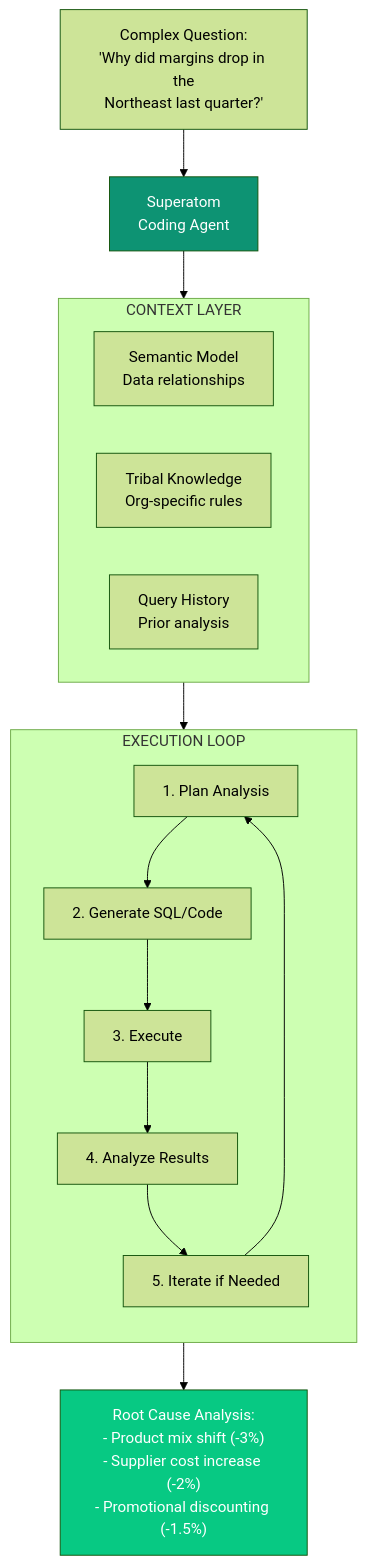
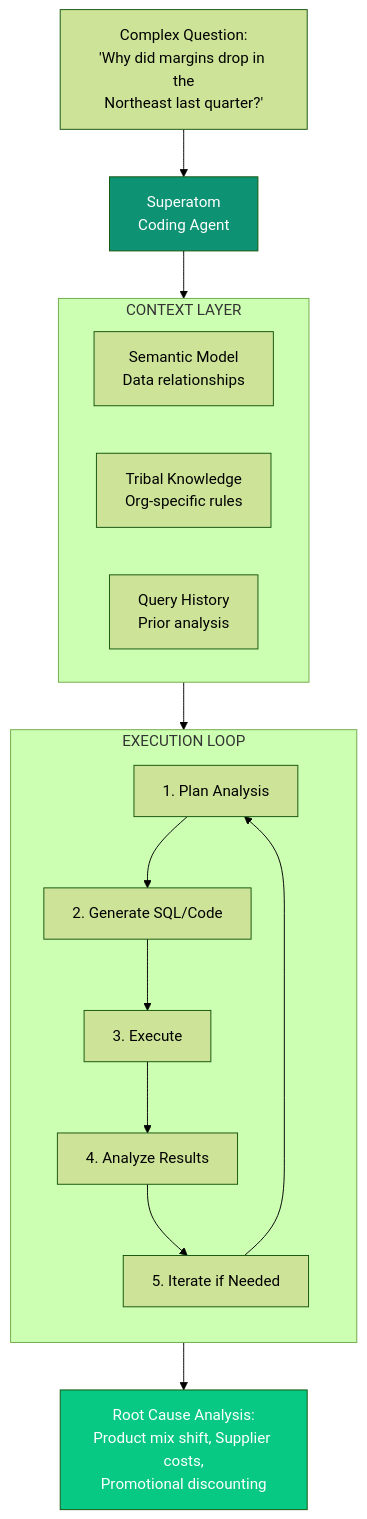
One commit to ashishsuperatom/tech-docs changed the first of 4 diagrams in ip/coding-agents.mdx. Above: the diagram before and after it, drawn with Mermaid (forest theme). The commit also changed other lines of this file and 115 other files, not shown here.

First line of the commit message:
Fix Mermaid diagrams and update documentation

````diff
--- a/ip/coding-agents.mdx
+++ b/ip/coding-agents.mdx
@@ -19,31 +19,31 @@
 ```mermaid
 flowchart TB
-    Q["Complex Question:\n'Why did margins drop in the\nNortheast last quarter?'"] --> AGENT["Superatom\nCoding Agent"]
+    Q["Complex Question:<br>'Why did margins drop in the<br>Northeast last quarter?'"] --> AGENT["Superatom<br>Coding Agent"]
 
     subgraph CONTEXT["CONTEXT LAYER"]
-        SM["Semantic Model\nData relationships"]
-        TK["Tribal Knowledge\nOrg-specific rules"]
-        HIST["Query History\nPrior analysis"]
+        SM["Semantic Model<br>Data relationships"]
+        TK["Tribal Knowledge<br>Org-specific rules"]
+        HIST["Query History<br>Prior analysis"]
     end
 
     AGENT --> CONTEXT
 
     subgraph EXECUTION["EXECUTION LOOP"]
         direction TB
         PLAN["1. Plan Analysis"]
         CODE["2. Generate SQL/Code"]
         EXEC["3. Execute"]
         ANALYZE["4. Analyze Results"]
         ITERATE["5. Iterate if Needed"]
 
         PLAN --> CODE --> EXEC --> ANALYZE --> ITERATE
         ITERATE --> PLAN
     end
 
     CONTEXT --> EXECUTION
 
-    EXECUTION --> RESULT["Root Cause Analysis:\n- Product mix shift (-3%)\n- Supplier cost increase (-2%)\n- Promotional discounting (-1.5%)"]
+    EXECUTION --> RESULT["Root Cause Analysis:<br>Product mix shift, Supplier costs,<br>Promotional discounting"]
 
     style AGENT fill:#0D9373,color:#fff
     style RESULT fill:#07C983,color:#fff
 ```
````
